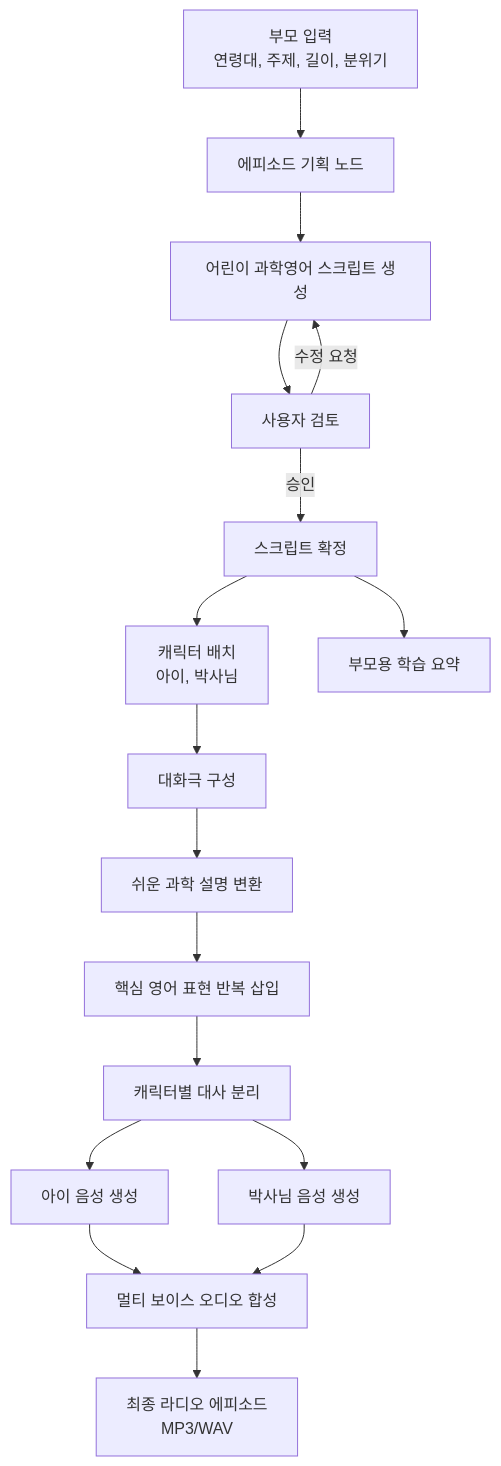
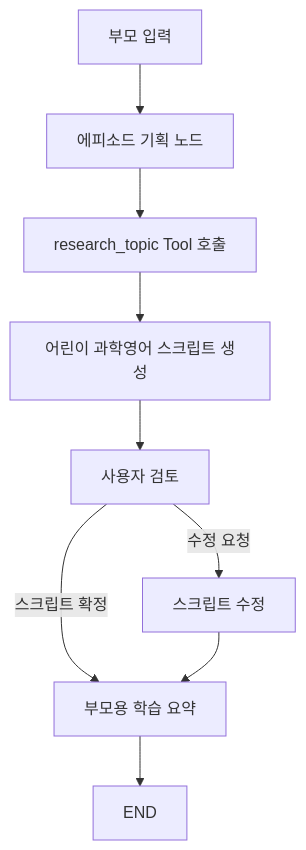
One commit to hesshess/little-science-pod changed the diagram in README.md. Above: the diagram before and after it, drawn with Mermaid. The commit also changed other lines of this file and 7 other files, not shown here.

````diff
--- a/README.md
+++ b/README.md
@@ -19,23 +18,11 @@
 ```mermaid
 graph TD
-    A[부모 입력<br/>연령대, 주제, 길이, 분위기] --> B[에피소드 기획 노드]
-    B --> C[어린이 과학영어 스크립트 생성]
-    C --> D[사용자 검토]
-    D -->|수정 요청| C
-    D -->|승인| E[스크립트 확정]
-
-    E --> F[캐릭터 배치<br/>아이, 박사님]
-    F --> G[대화극 구성]
-    G --> H[쉬운 과학 설명 변환]
-    H --> I[핵심 영어 표현 반복 삽입]
-
-    I --> J[캐릭터별 대사 분리]
-    J --> K1[아이 음성 생성]
-    J --> K2[박사님 음성 생성]
-
-    K1 --> L[멀티 보이스 오디오 합성]
-    K2 --> L
-
-    L --> M[최종 라디오 에피소드<br/>MP3/WAV]
-    E --> N[부모용 학습 요약]
+    A[부모 입력] --> B[에피소드 기획 노드]
+    B --> C[research_topic Tool 호출]
+    C --> D[어린이 과학영어 스크립트 생성]
+    D --> E[사용자 검토]
+    E -->|스크립트 확정| F[부모용 학습 요약]
+    E -->|수정 요청| G[스크립트 수정]
+    G --> F[부모용 학습 요약]
+    F --> H[END]
 ```
````
